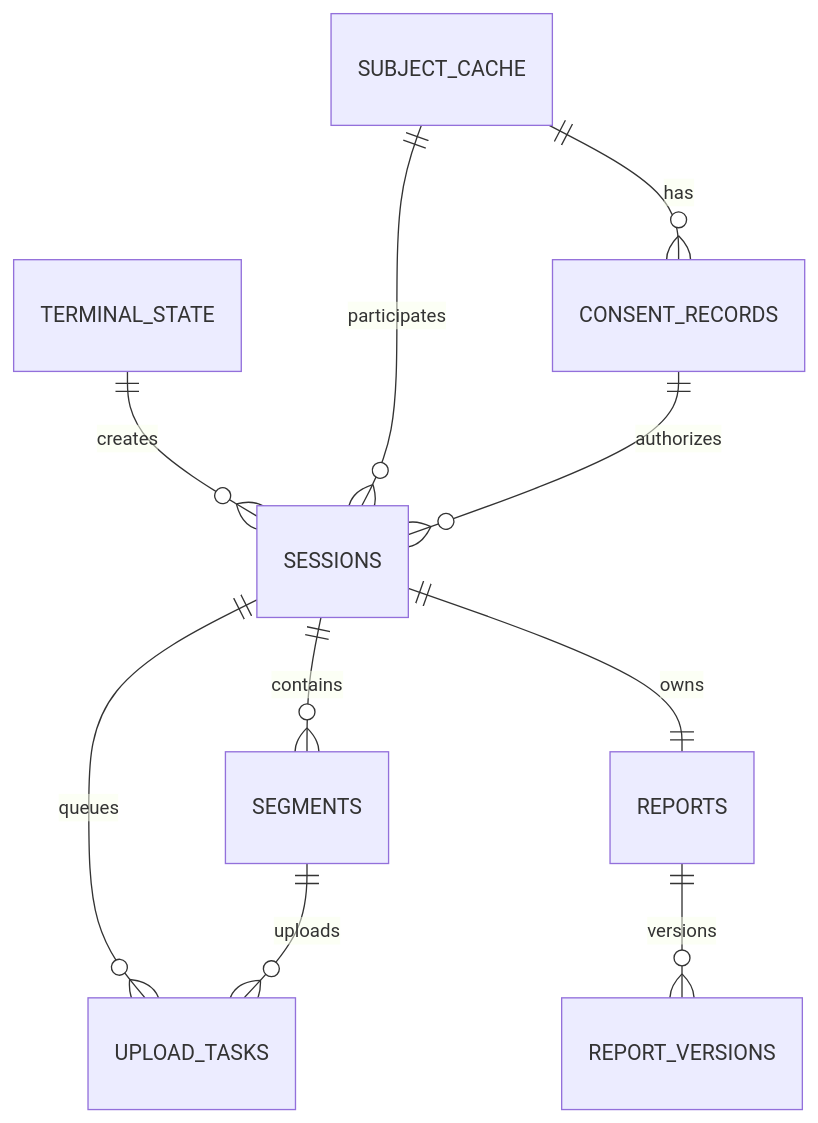
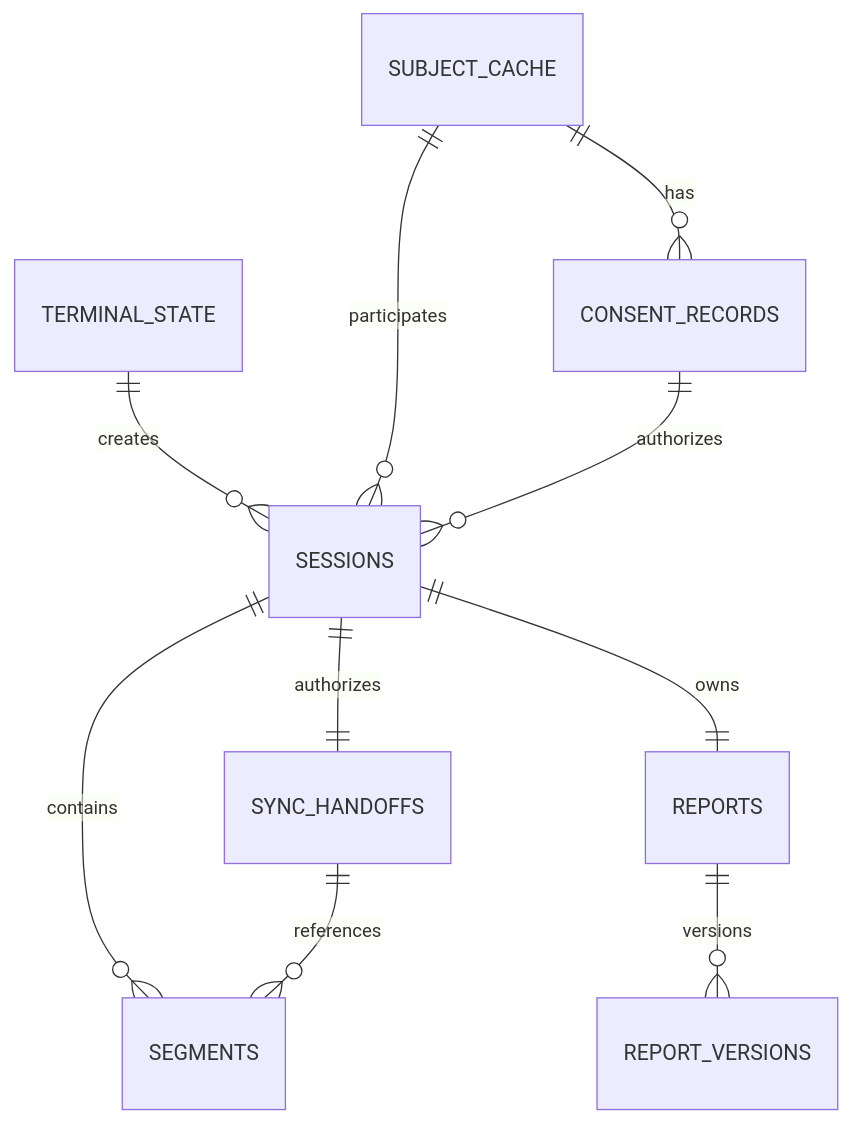
Before and after one commit to RGu0/feet-force-plate: the second of 3 diagrams in docs/数据库设计文档.md, drawn with Mermaid. The commit also changed other lines of this file and 2 other files, not shown here.

Commit message:
docs: retire sealed upload task lifecycle

````diff
--- a/docs/数据库设计文档.md
+++ b/docs/数据库设计文档.md
@@ -109,12 +109,12 @@
 ```mermaid
 erDiagram
     TERMINAL_STATE ||--o{ SESSIONS : creates
     SUBJECT_CACHE ||--o{ CONSENT_RECORDS : has
     SUBJECT_CACHE ||--o{ SESSIONS : participates
     CONSENT_RECORDS ||--o{ SESSIONS : authorizes
     SESSIONS ||--o{ SEGMENTS : contains
-    SESSIONS ||--o{ UPLOAD_TASKS : queues
-    SEGMENTS ||--o{ UPLOAD_TASKS : uploads
+    SESSIONS ||--|| SYNC_HANDOFFS : authorizes
+    SYNC_HANDOFFS ||--o{ SEGMENTS : references
     SESSIONS ||--|| REPORTS : owns
     REPORTS ||--o{ REPORT_VERSIONS : versions
 ```
````
